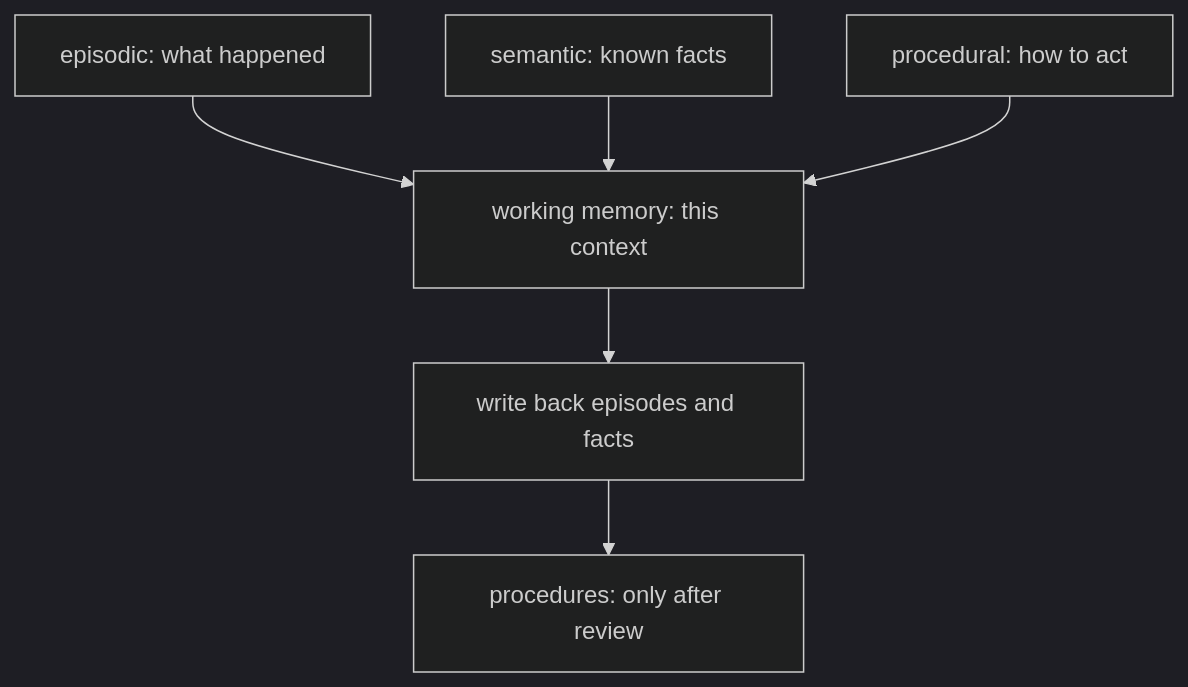
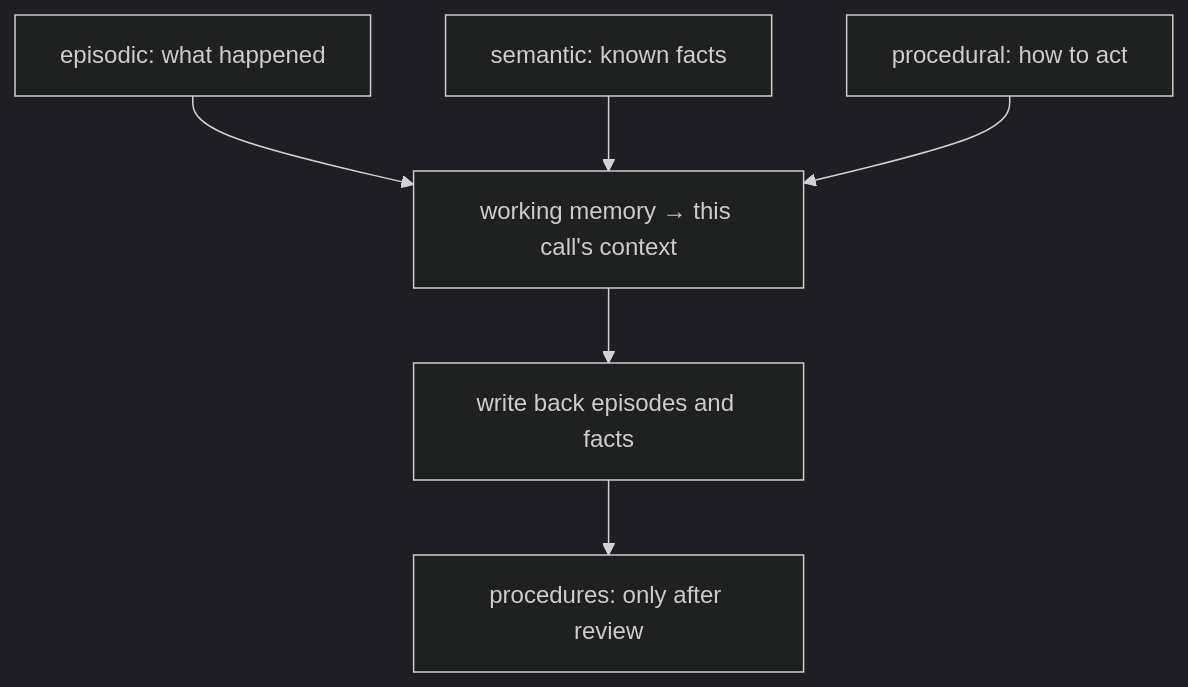
One commit to bkuberek/coding-study changed the diagram in guides/agent-memory/guide.md. Above: the diagram before and after it, drawn with Mermaid (dark theme). The commit also changed other lines of this file and 18 other files, not shown here.

````diff
--- a/guides/agent-memory/guide.md
+++ b/guides/agent-memory/guide.md
@@ -186,10 +186,10 @@
 ```mermaid
 flowchart TD
   accTitle: Working memory and the long-term stores
   accDescr: Before a call, the application retrieves from three long-term stores into the working memory, the context of the call: episodes of what happened, facts that are known, and procedures for how to act. After the call, it writes new episodes and extracted facts back, and changes procedures only after a person's review.
-  episodic["episodic: what happened"] --> working["working memory: this context"]
+  episodic["episodic: what happened"] --> working["working memory → this call's context"]
   semantic["semantic: known facts"] --> working
   procedural["procedural: how to act"] --> working
   working --> after["write back episodes and facts"]
   after --> review["procedures: only after review"]
 ```
````
